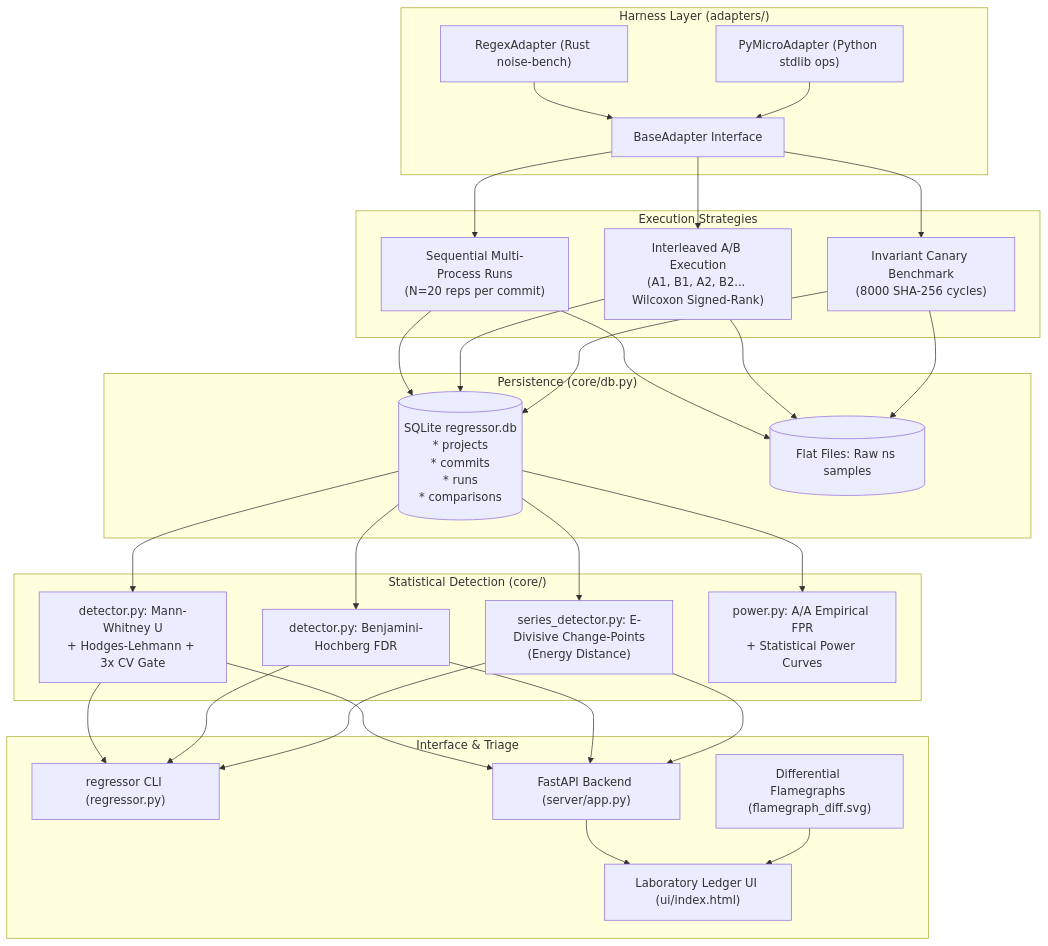
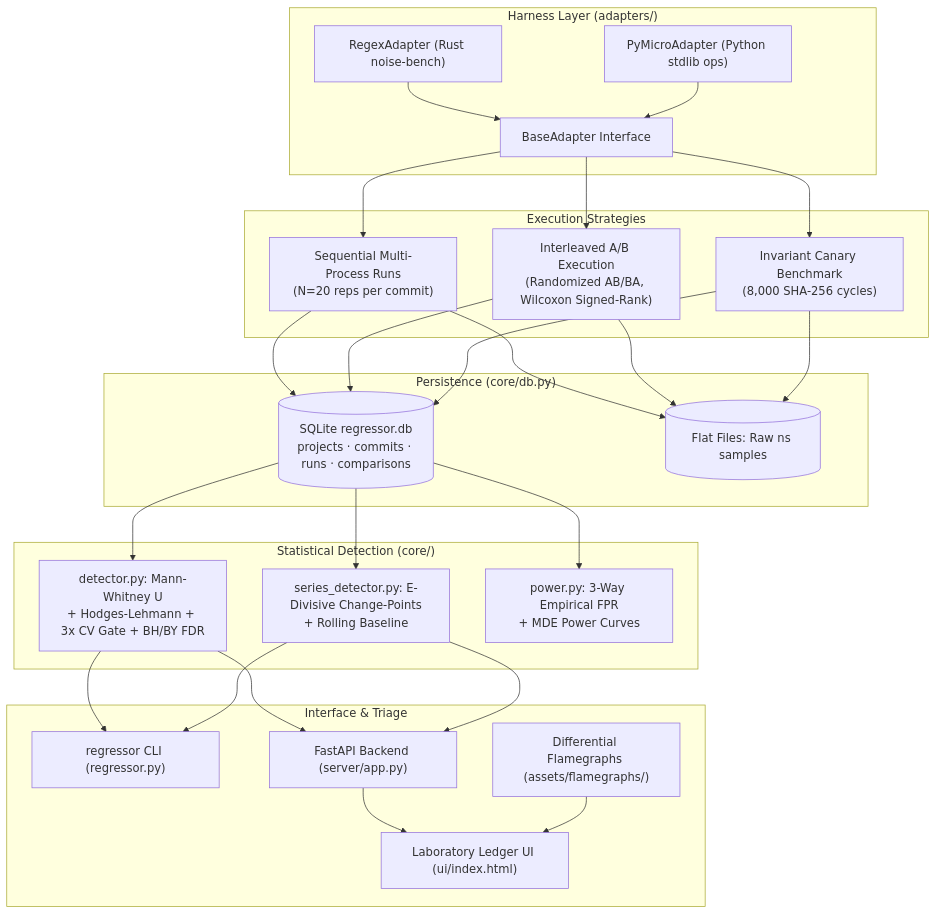
The diagram in PROJECT_EXPLANATION.md (SeeThisDiva/regressor), drawn with Mermaid before and after one commit. The commit also changed other lines of this file and 3 other files, not shown here.

Commit message:
docs: revamp README, technical architecture reference, and setup guide

````diff
--- a/PROJECT_EXPLANATION.md
+++ b/PROJECT_EXPLANATION.md
@@ -117,41 +77,40 @@
 ```mermaid
 flowchart TD
     subgraph Adapters ["Harness Layer (adapters/)"]
         BA["BaseAdapter Interface"]
         RA["RegexAdapter (Rust noise-bench)"]
         PA["PyMicroAdapter (Python stdlib ops)"]
         RA & PA --> BA
     end
 
     subgraph Execution ["Execution Strategies"]
         SEQ["Sequential Multi-Process Runs\n(N=20 reps per commit)"]
-        INTL["Interleaved A/B Execution\n(A1, B1, A2, B2... Wilcoxon Signed-Rank)"]
-        CAN["Invariant Canary Benchmark\n(8000 SHA-256 cycles)"]
+        INTL["Interleaved A/B Execution\n(Randomized AB/BA, Wilcoxon Signed-Rank)"]
+        CAN["Invariant Canary Benchmark\n(8,000 SHA-256 cycles)"]
     end
 
     subgraph Storage ["Persistence (core/db.py)"]
-        SQL[("SQLite regressor.db\n* projects\n* commits\n* runs\n* comparisons")]
+        SQL[("SQLite regressor.db\nprojects · commits · runs · comparisons")]
         FLAT[("Flat Files: Raw ns samples")]
     end
 
     subgraph Detection ["Statistical Detection (core/)"]
-        MW["detector.py: Mann-Whitney U\n+ Hodges-Lehmann + 3x CV Gate"]
-        FDR["detector.py: Benjamini-Hochberg FDR"]
-        ED["series_detector.py: E-Divisive Change-Points\n(Energy Distance)"]
-        PWR["power.py: A/A Empirical FPR\n+ Statistical Power Curves"]
+        MW["detector.py: Mann-Whitney U\n+ Hodges-Lehmann + 3x CV Gate + BH/BY FDR"]
+        ED["series_detector.py: E-Divisive Change-Points\n+ Rolling Baseline"]
+        PWR["power.py: 3-Way Empirical FPR\n+ MDE Power Curves"]
     end
 
     subgraph Presentation ["Interface & Triage"]
         CLI["regressor CLI (regressor.py)"]
         API["FastAPI Backend (server/app.py)"]
         UI["Laboratory Ledger UI (ui/index.html)"]
-        FG["Differential Flamegraphs (flamegraph_diff.svg)"]
+        FG["Differential Flamegraphs (assets/flamegraphs/)"]
     end
 
     BA --> SEQ & INTL & CAN
     SEQ & INTL & CAN --> SQL & FLAT
-    SQL --> MW & FDR & ED & PWR
-    MW & FDR & ED --> CLI & API
+    SQL --> MW & ED & PWR
+    MW & ED --> CLI & API
     API --> UI
     FG --> UI
 ```
````
